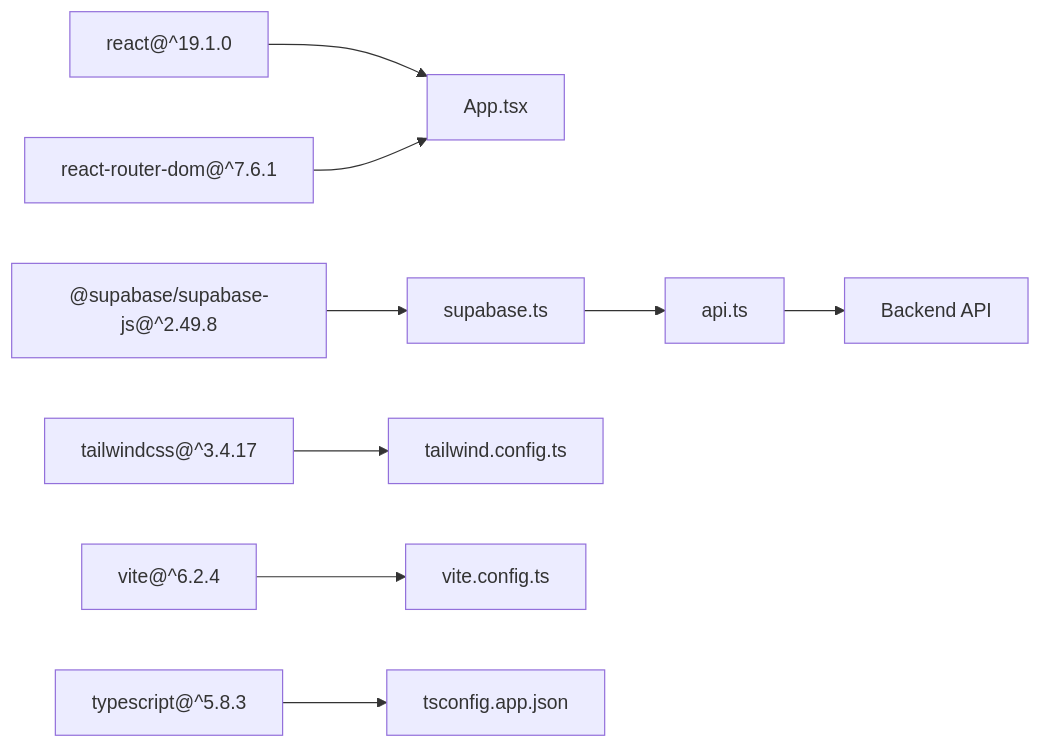
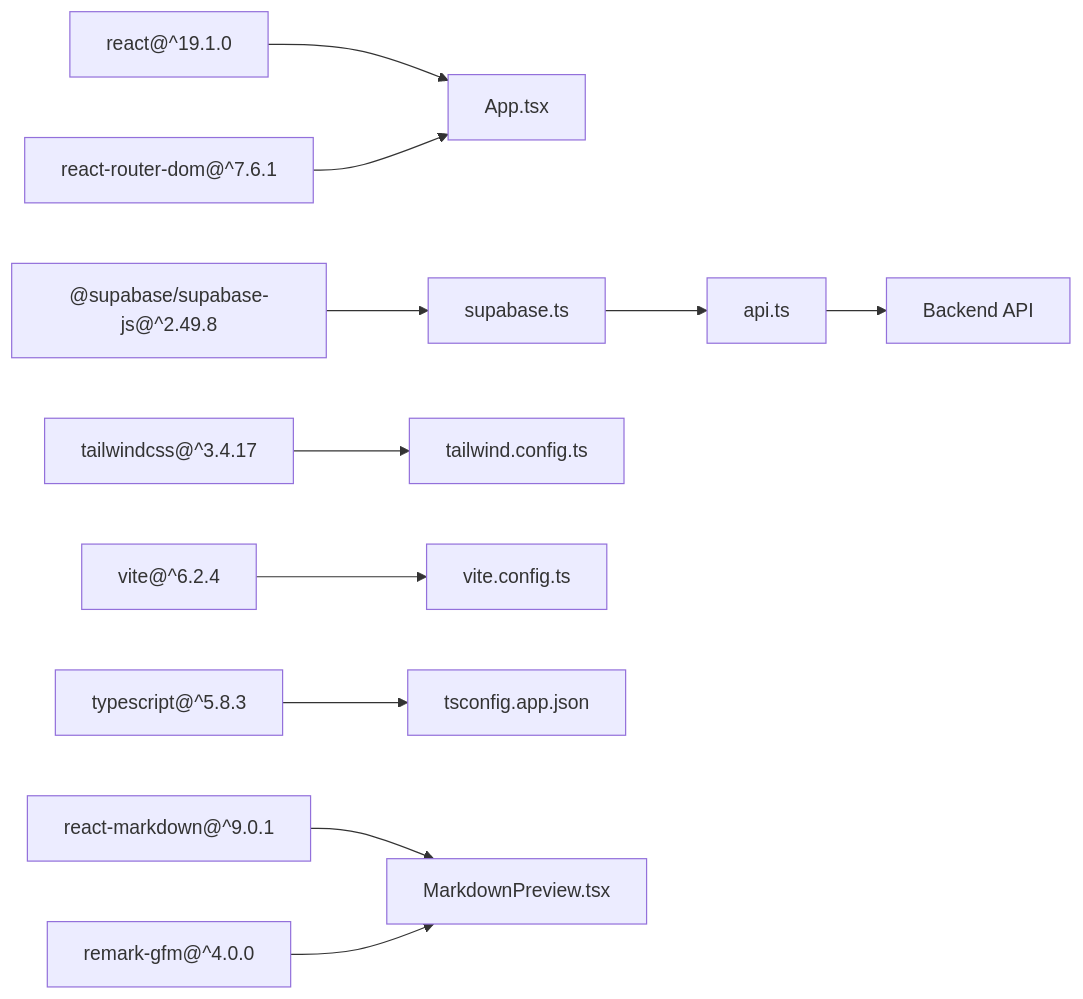
The ninth of 10 diagrams in .qoder/repowiki/en/content/Frontend Application/Frontend Application.md (sankaL/resume-app), drawn with Mermaid before and after one commit. The commit also changed other lines of this file and 19 other files, not shown here.

````diff
--- a/.qoder/repowiki/en/content/Frontend Application/Frontend Application.md
+++ b/.qoder/repowiki/en/content/Frontend Application/Frontend Application.md
@@ -368,11 +437,13 @@
 ```mermaid
 graph LR
 React["react@^19.1.0"] --> App["App.tsx"]
 Router["react-router-dom@^7.6.1"] --> App
 Supabase["@supabase/supabase-js@^2.49.8"] --> Auth["supabase.ts"]
 Auth --> API["api.ts"]
 API --> Backend["Backend API"]
 Tailwind["tailwindcss@^3.4.17"] --> Styles["tailwind.config.ts"]
 Vite["vite@^6.2.4"] --> Build["vite.config.ts"]
 Types["typescript@^5.8.3"] --> TSConfig["tsconfig.app.json"]
+Markdown["react-markdown@^9.0.1"] --> MP["MarkdownPreview.tsx"]
+GFM["remark-gfm@^4.0.0"] --> MP
 ```
````
